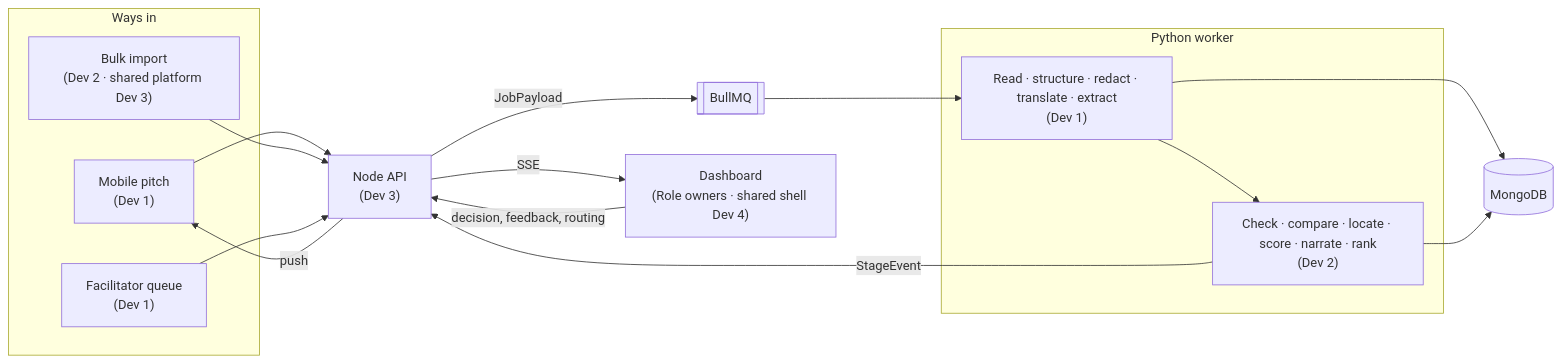
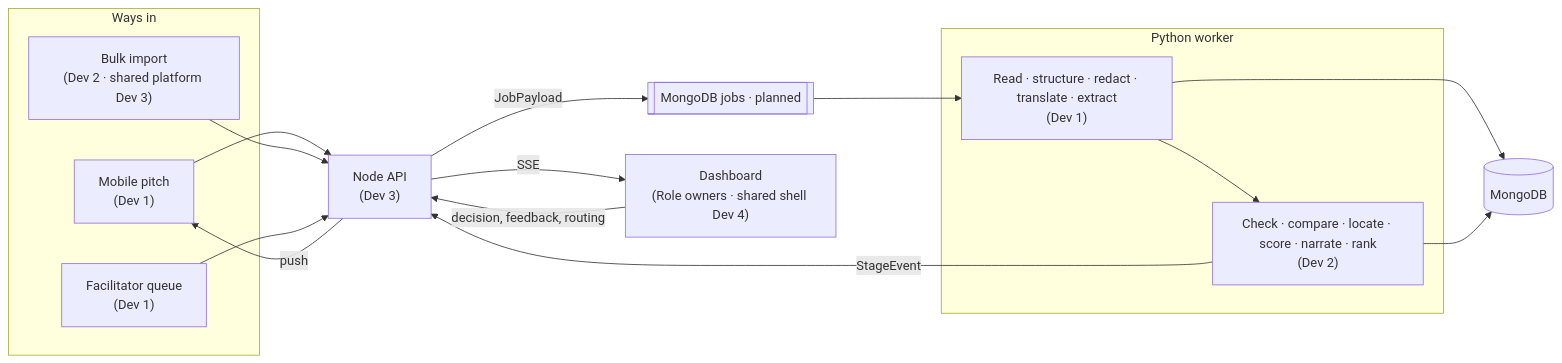
The first of 6 diagrams in docs/flow.md (VyomVyas4765/PitchPrism), drawn with Mermaid before and after one commit. The commit also changed other lines of this file and 89 other files, not shown here.

````diff
--- a/docs/flow.md
+++ b/docs/flow.md
@@ -17,26 +19,26 @@
 ```mermaid
 flowchart LR
     subgraph IN["Ways in"]
         M["Mobile pitch<br/>(Dev 1)"]
         B["Bulk import<br/>(Dev 2 · shared platform Dev 3)"]
         F["Facilitator queue<br/>(Dev 1)"]
     end
     API["Node API<br/>(Dev 3)"]
-    Q[["BullMQ"]]
+    Q[["MongoDB jobs · planned"]]
     subgraph W["Python worker"]
         R["Read · structure · redact · translate · extract<br/>(Dev 1)"]
         I["Check · compare · locate · score · narrate · rank<br/>(Dev 2)"]
     end
     DB[("MongoDB")]
     WEB["Dashboard<br/>(Role owners · shared shell Dev 4)"]
     M --> API
     B --> API
     F --> API
     API -->|"JobPayload"| Q --> R --> I
     R --> DB
     I --> DB
     I -->|"StageEvent"| API
     API -->|"SSE"| WEB
     API -->|"push"| M
     WEB -->|"decision, feedback, routing"| API
 ```
````
